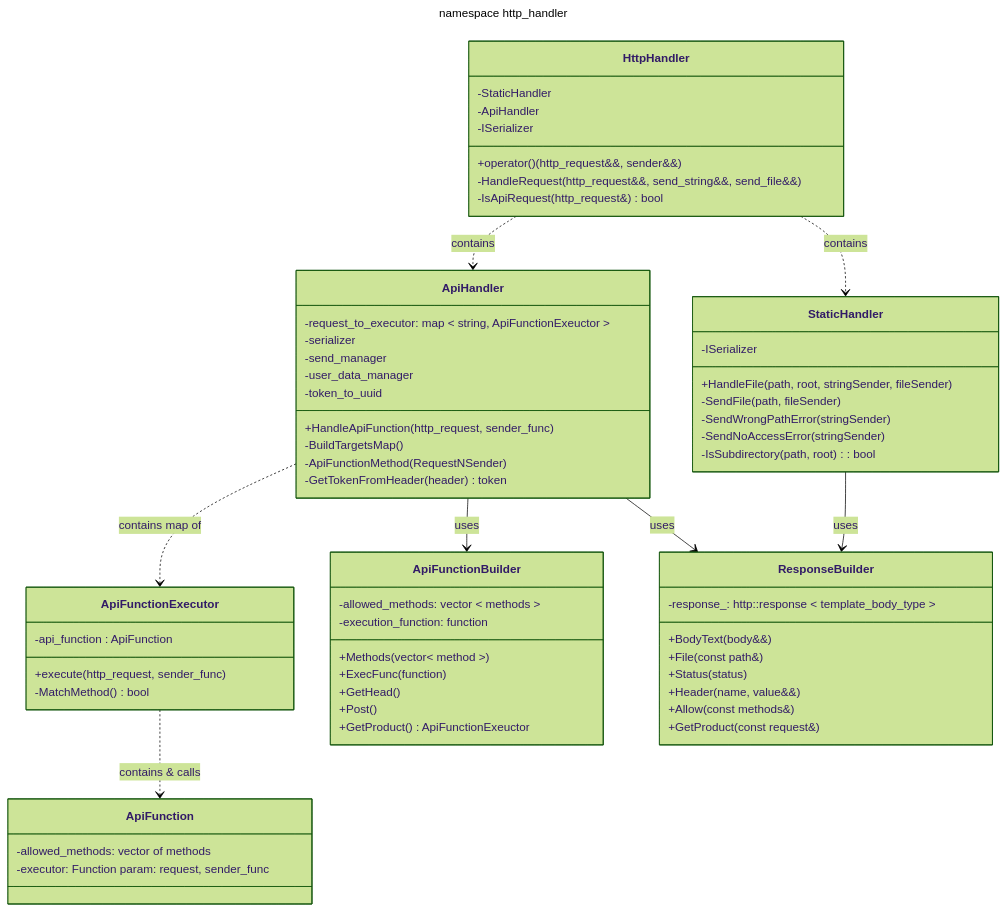
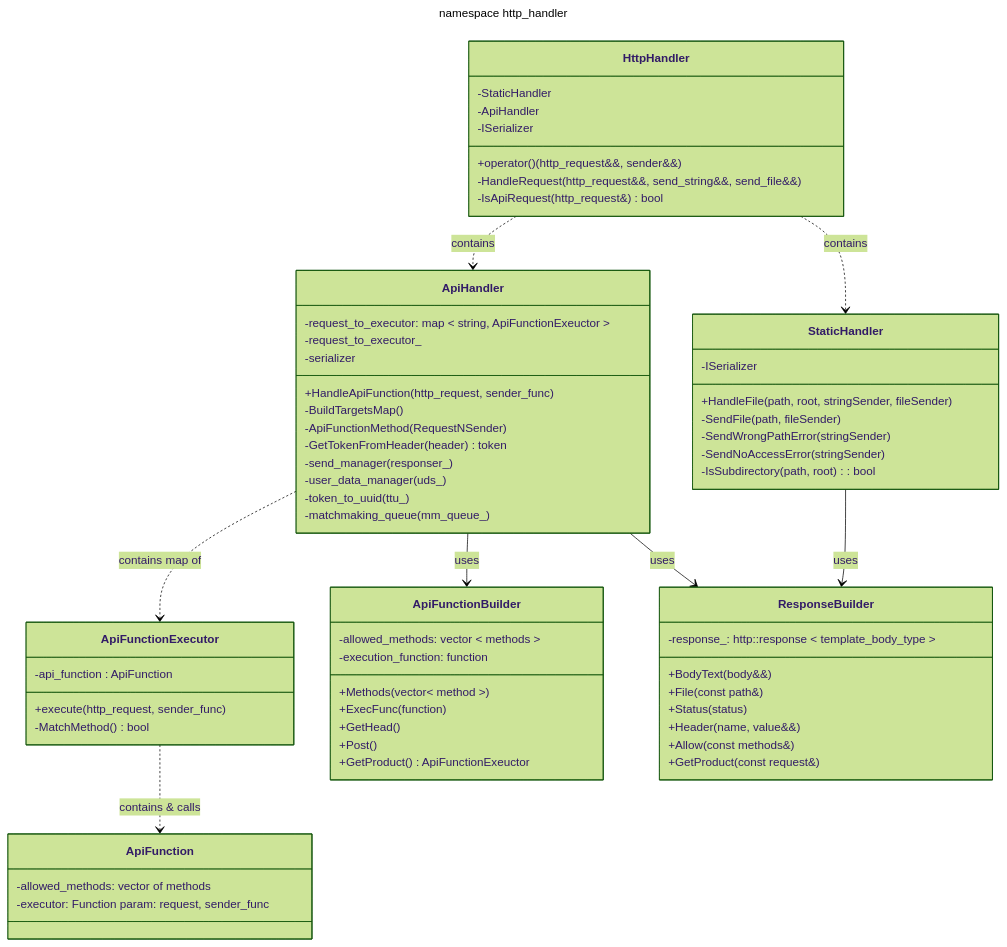
One commit to LeeDoor/game_webserver changed the diagram in docs/http_handler.md. Above: the diagram before and after it, drawn with Mermaid (forest theme). The commit also changed other lines of this file and 29 other files, not shown here.

```diff
--- a/docs/http_handler.md
+++ b/docs/http_handler.md
@@ -48,10 +48,12 @@
 
         -GetTokenFromHeader(header) token 
 
+  -request_to_executor_      
         -serializer
-        -send_manager
-        -user_data_manager
-        -token_to_uuid
+        -send_manager(responser_)
+        -user_data_manager(uds_)
+        -token_to_uuid (ttu_)
+        -matchmaking_queue(mm_queue_)
     }
 
     class StaticHandler {
```
